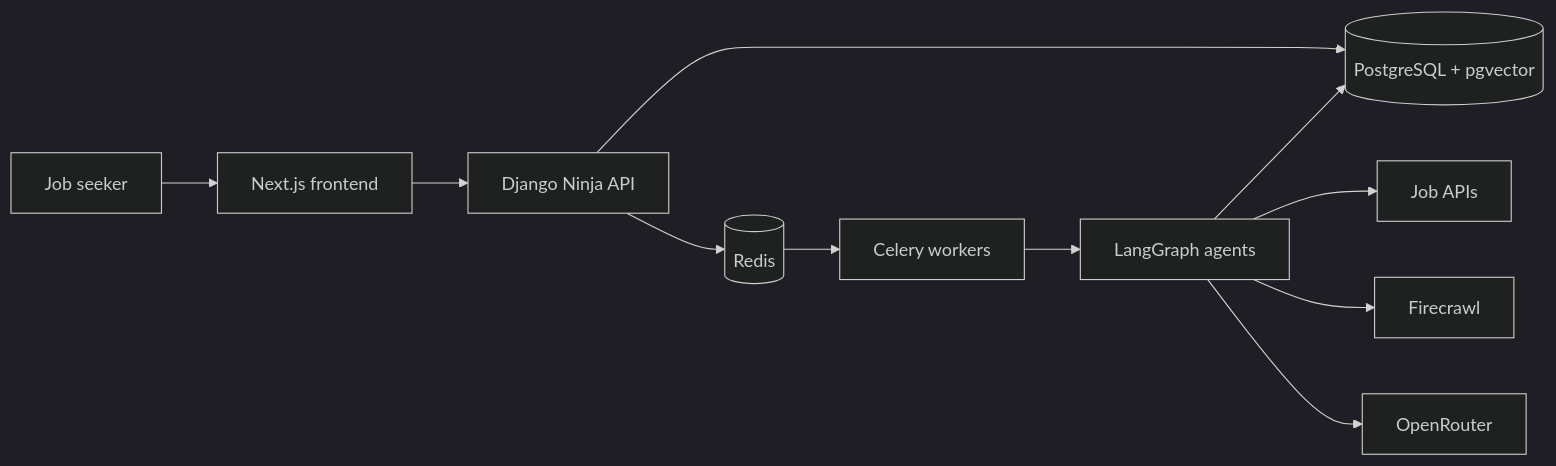
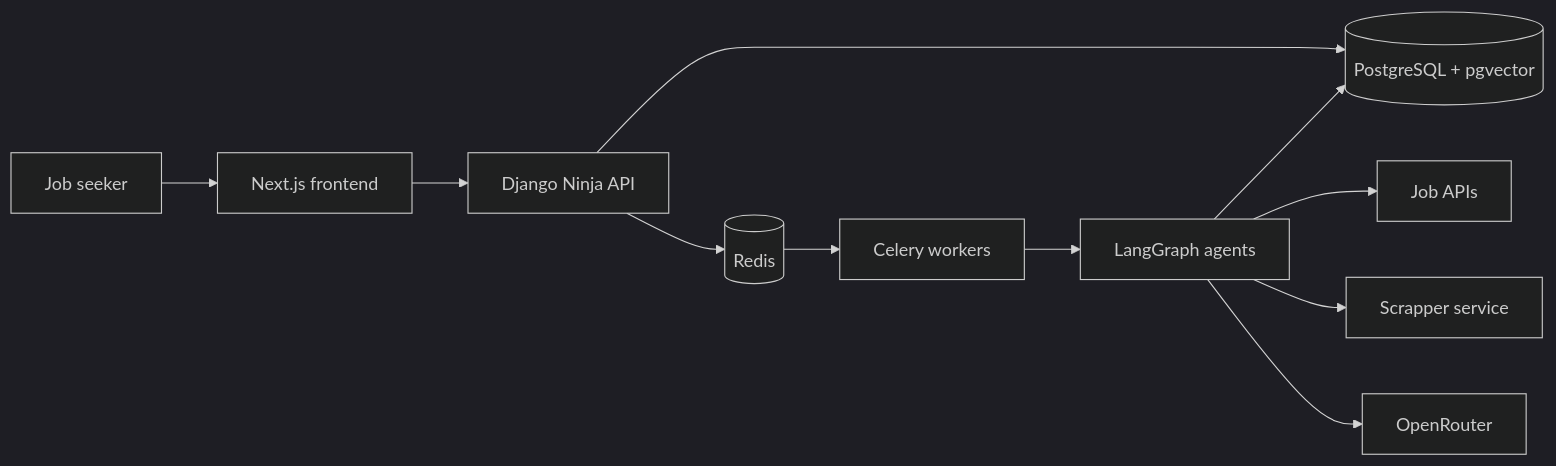
The diagram in docs/architecture/01-system-overview.md (Gathondu/kaziro), drawn with Mermaid (dark theme) before and after one commit. The commit also changed 114 other files, not shown here.

````diff
--- a/docs/architecture/01-system-overview.md
+++ b/docs/architecture/01-system-overview.md
@@ -53,22 +53,22 @@
 ```mermaid
 flowchart LR
   user["Job seeker"]
   frontend["Next.js frontend"]
   api["Django Ninja API"]
   broker[("Redis")]
   workers["Celery workers"]
   agents["LangGraph agents"]
   db[("PostgreSQL + pgvector")]
   rapid["Job APIs"]
-  firecrawl["Firecrawl"]
+  scrapper["Scrapper service"]
   openrouter["OpenRouter"]
 
   user --> frontend --> api
   api --> db
   api --> broker
   broker --> workers --> agents
   agents --> db
   agents --> rapid
-  agents --> firecrawl
+  agents --> scrapper
   agents --> openrouter
 ```
````
